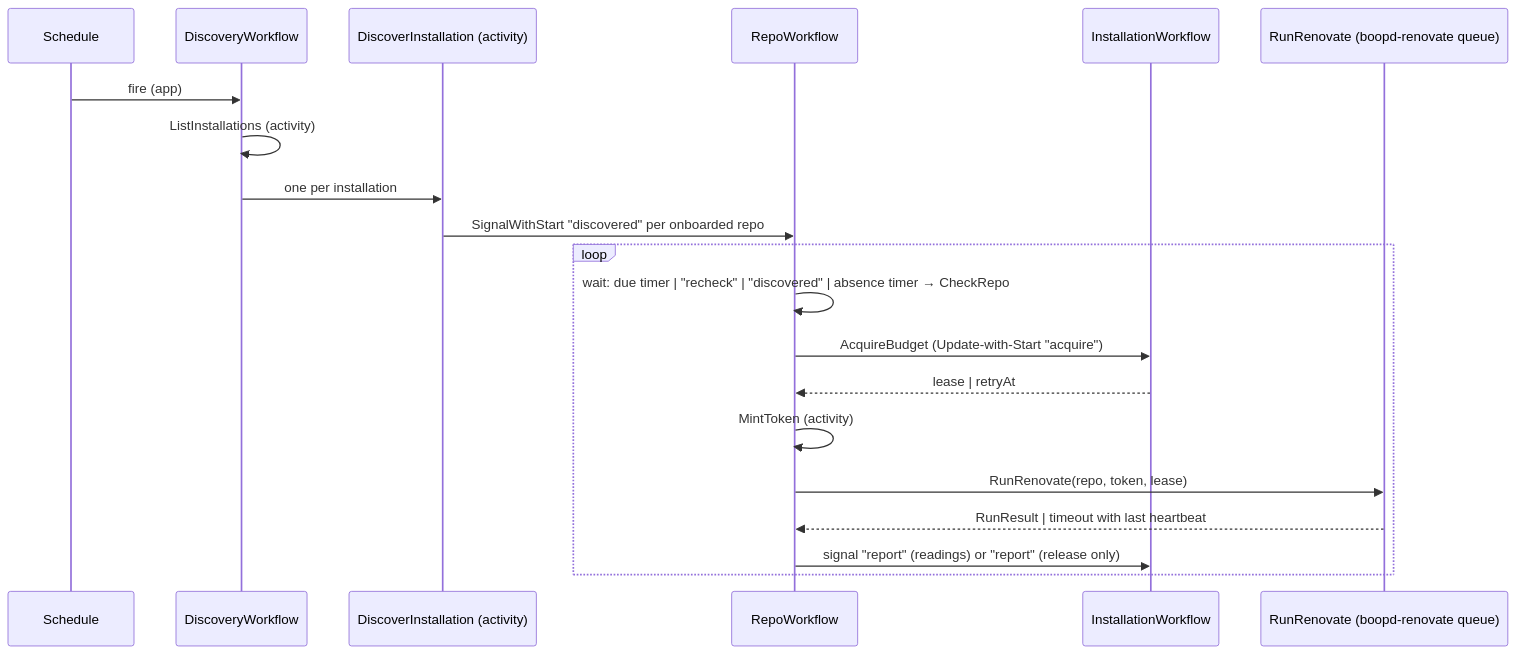
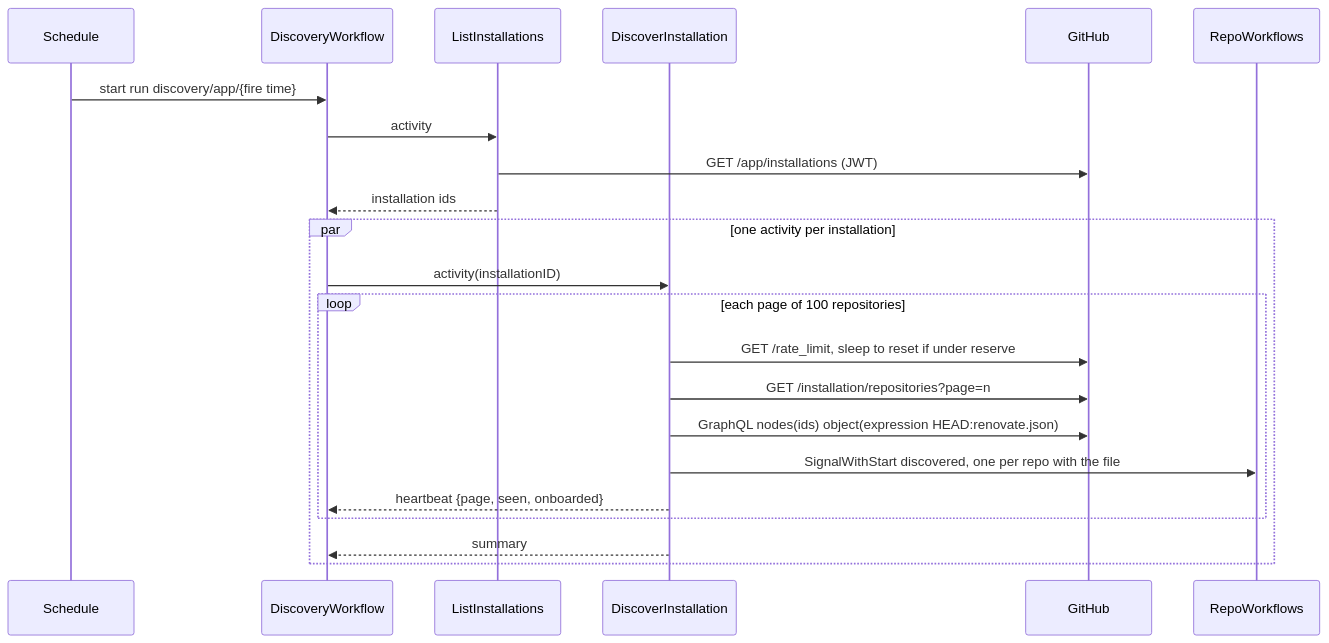
Before and after one commit to donaldgifford/boop: the second of 4 diagrams in docs/design/0001-boopd-spike-workflows-runrenovate-activity-and-worker.md, drawn with Mermaid. The commit also changed other lines of this file and 3 other files, not shown here.

First line of the commit message:
docs: rewrite DESIGN-0001 with diagrams, verified facts and lettered open questions

````diff
--- a/docs/design/0001-boopd-spike-workflows-runrenovate-activity-and-worker.md
+++ b/docs/design/0001-boopd-spike-workflows-runrenovate-activity-and-worker.md
@@ -154,22 +253,24 @@
 ```mermaid
 sequenceDiagram
   participant S as Schedule
   participant DW as DiscoveryWorkflow
-  participant DI as DiscoverInstallation (activity)
-  participant RW as RepoWorkflow
-  participant IW as InstallationWorkflow
-  participant A as RunRenovate (boopd-renovate queue)
-  S->>DW: fire (app)
-  DW->>DW: ListInstallations (activity)
-  DW->>DI: one per installation
-  DI->>RW: SignalWithStart "discovered" per onboarded repo
-  loop
-    RW->>RW: wait: due timer | "recheck" | "discovered" | absence timer → CheckRepo
-    RW->>IW: AcquireBudget (Update-with-Start "acquire")
-    IW-->>RW: lease | retryAt
-    RW->>RW: MintToken (activity)
-    RW->>A: RunRenovate(repo, token, lease)
-    A-->>RW: RunResult | timeout with last heartbeat
-    RW->>IW: signal "report" (readings) or "report" (release only)
+  participant LI as ListInstallations
+  participant DI as DiscoverInstallation
+  participant GH as GitHub
+  participant RW as RepoWorkflows
+  S->>DW: start run discovery/app/{fire time}
+  DW->>LI: activity
+  LI->>GH: GET /app/installations (JWT)
+  LI-->>DW: installation ids
+  par one activity per installation
+    DW->>DI: activity(installationID)
+    loop each page of 100 repositories
+      DI->>GH: GET /rate_limit, sleep to reset if under reserve
+      DI->>GH: GET /installation/repositories?page=n
+      DI->>GH: GraphQL nodes(ids) object(expression HEAD:renovate.json)
+      DI->>RW: SignalWithStart discovered, one per repo with the file
+      DI-->>DW: heartbeat {page, seen, onboarded}
+    end
+    DI-->>DW: summary
   end
 ```
````
